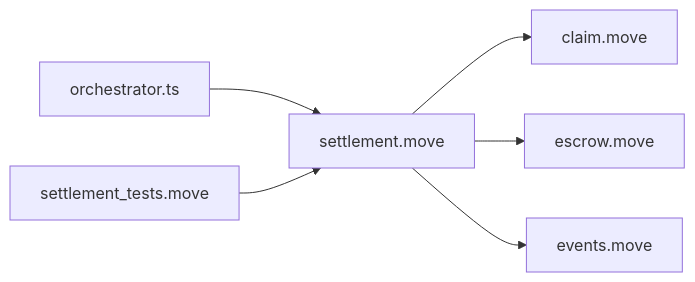
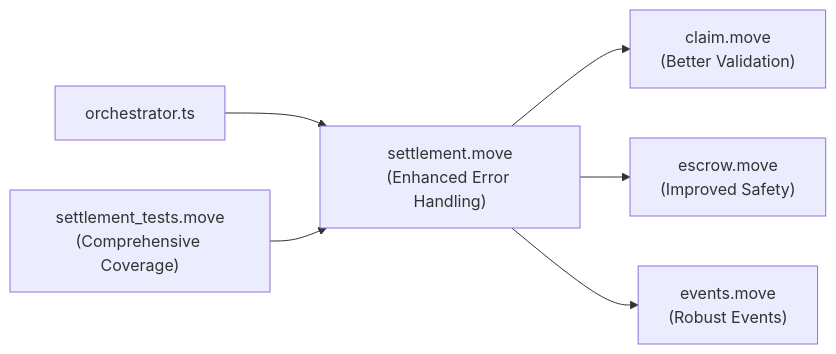
One commit to hieudepoet/Insurix changed the seventh of 7 diagrams in .qoder/repowiki/en/content/Smart Contracts/Settlement Engine.md. Above: the diagram before and after it, drawn with Mermaid. The commit also changed other lines of this file and 73 other files, not shown here.

````diff
--- a/.qoder/repowiki/en/content/Smart Contracts/Settlement Engine.md
+++ b/.qoder/repowiki/en/content/Smart Contracts/Settlement Engine.md
@@ -250,8 +316,8 @@
 ```mermaid
 graph LR
-Settlement["settlement.move"] --> Claim["claim.move"]
-Settlement --> Escrow["escrow.move"]
-Settlement --> Events["events.move"]
+Settlement["settlement.move<br/>(Enhanced Error Handling)"] --> Claim["claim.move<br/>(Better Validation)"]
+Settlement --> Escrow["escrow.move<br/>(Improved Safety)"]
+Settlement --> Events["events.move<br/>(Robust Events)"]
 Backend["orchestrator.ts"] --> Settlement
-Tests["settlement_tests.move"] --> Settlement
+Tests["settlement_tests.move<br/>(Comprehensive Coverage)"] --> Settlement
 ```
````
